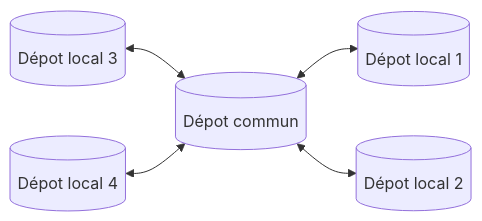
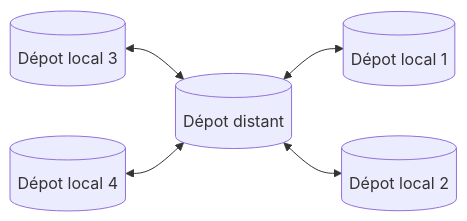
One commit to ludo2ne/Git-tuto changed the diagram in doc/presentation.qmd. Above: the diagram before and after it, drawn with Mermaid. The commit also changed other lines of this file and 4 other files, not shown here.

````diff
--- a/doc/presentation.qmd
+++ b/doc/presentation.qmd
@@ -217,13 +361,13 @@
 ```{mermaid}
 flowchart LR
-    github[(Dépot commun)]
+    github[(Dépot distant)]
     dev1[(Dépot local 1)]
     dev2[(Dépot local 2)]
     dev3[(Dépot local 3)]
     dev4[(Dépot local 4)]
     
     github <--> dev1
     github <--> dev2
     dev3 <--> github
     dev4 <--> github
 ```
````
